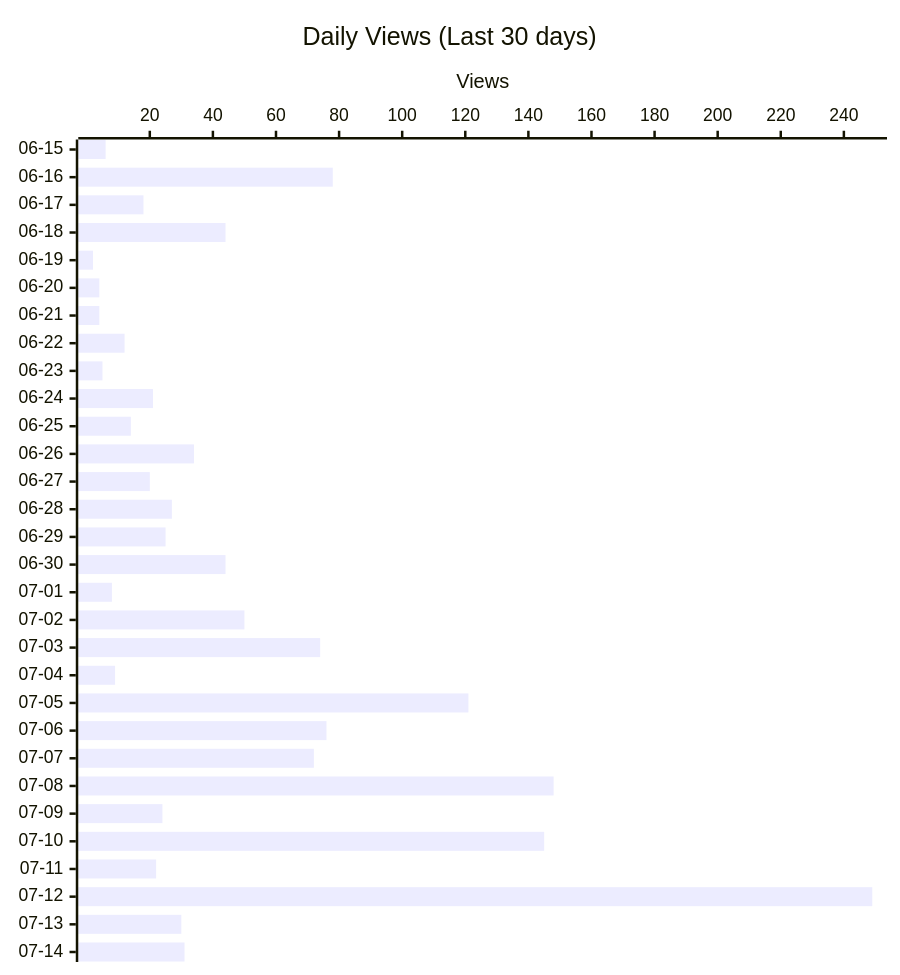
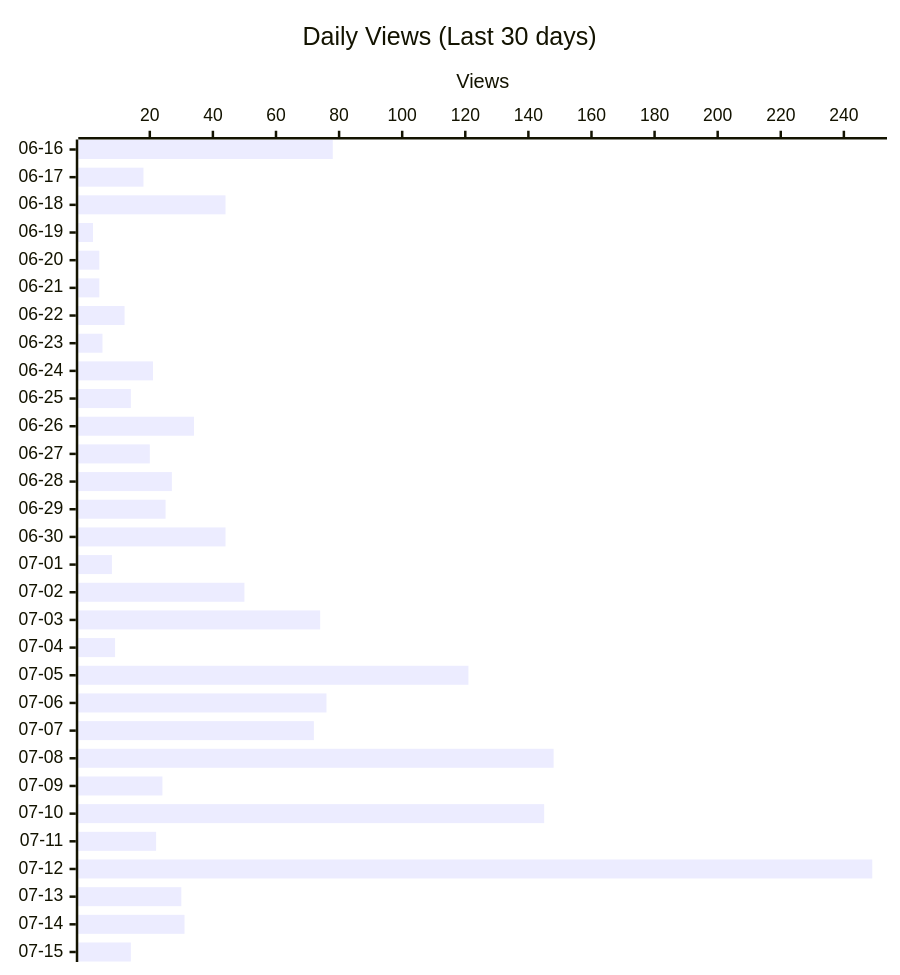
Before and after one commit to shigechika/github-insights: the second of 4 diagrams in README.md, drawn with Mermaid. The commit also changed other lines of this file and 2 other files, not shown here.

````diff
--- a/README.md
+++ b/README.md
@@ -28,12 +28,12 @@
 ```mermaid
 ---
 config:
   xyChart:
     height: 760
 ---
 xychart-beta horizontal
     title "Daily Views (Last 30 days)"
-    x-axis ["06-15", "06-16", "06-17", "06-18", "06-19", "06-20", "06-21", "06-22", "06-23", "06-24", "06-25", "06-26", "06-27", "06-28", "06-29", "06-30", "07-01", "07-02", "07-03", "07-04", "07-05", "07-06", "07-07", "07-08", "07-09", "07-10", "07-11", "07-12", "07-13", "07-14"]
+    x-axis ["06-16", "06-17", "06-18", "06-19", "06-20", "06-21", "06-22", "06-23", "06-24", "06-25", "06-26", "06-27", "06-28", "06-29", "06-30", "07-01", "07-02", "07-03", "07-04", "07-05", "07-06", "07-07", "07-08", "07-09", "07-10", "07-11", "07-12", "07-13", "07-14", "07-15"]
     y-axis "Views"
-    bar [6, 78, 18, 44, 2, 4, 4, 12, 5, 21, 14, 34, 20, 27, 25, 44, 8, 50, 74, 9, 121, 76, 72, 148, 24, 145, 22, 249, 30, 31]
+    bar [78, 18, 44, 2, 4, 4, 12, 5, 21, 14, 34, 20, 27, 25, 44, 8, 50, 74, 9, 121, 76, 72, 148, 24, 145, 22, 249, 30, 31, 14]
 ```
````
